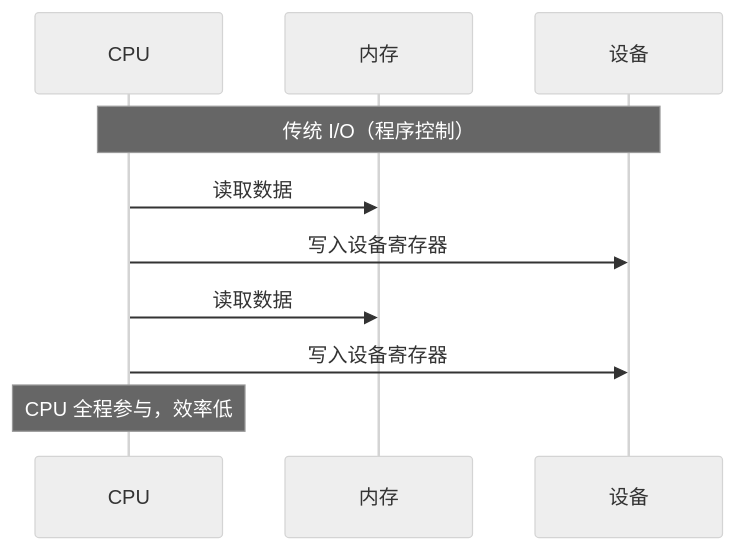
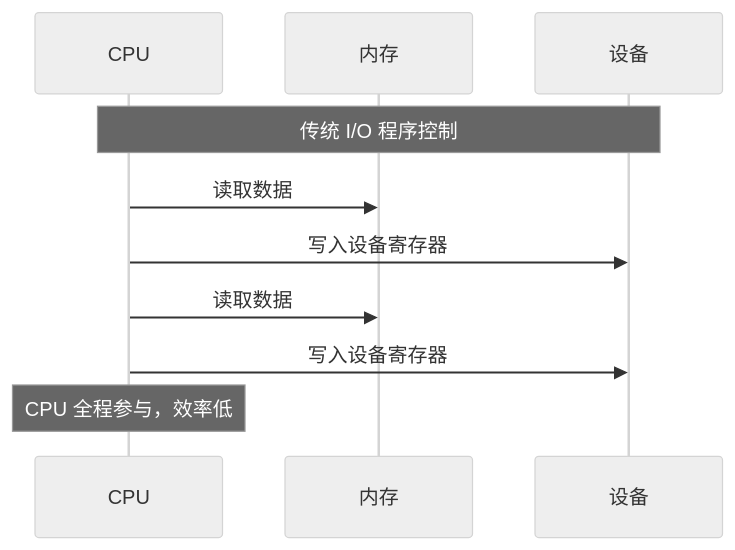
The second of 10 diagrams in content/articles/os/os-18-OS面试题-IO系统.md (jpixy/jpixy.github.io), drawn with Mermaid (neutral theme) before and after one commit. The commit also changed other lines of this file and 66 other files, not shown here.

Commit message:
fix: resolve Mermaid syntax errors by removing parentheses in node labels

````diff
--- a/content/articles/os/os-18-OS面试题-IO系统.md
+++ b/content/articles/os/os-18-OS面试题-IO系统.md
@@ -156,13 +156,13 @@
 ```mermaid
 sequenceDiagram
     participant CPU
     participant 内存
     participant 设备
     
-    Note over CPU,设备: 传统 I/O（程序控制）
+    Note over CPU,设备: 传统 I/O 程序控制
     CPU->>内存: 读取数据
     CPU->>设备: 写入设备寄存器
     CPU->>内存: 读取数据
     CPU->>设备: 写入设备寄存器
     Note over CPU: CPU 全程参与，效率低
 ```
````
